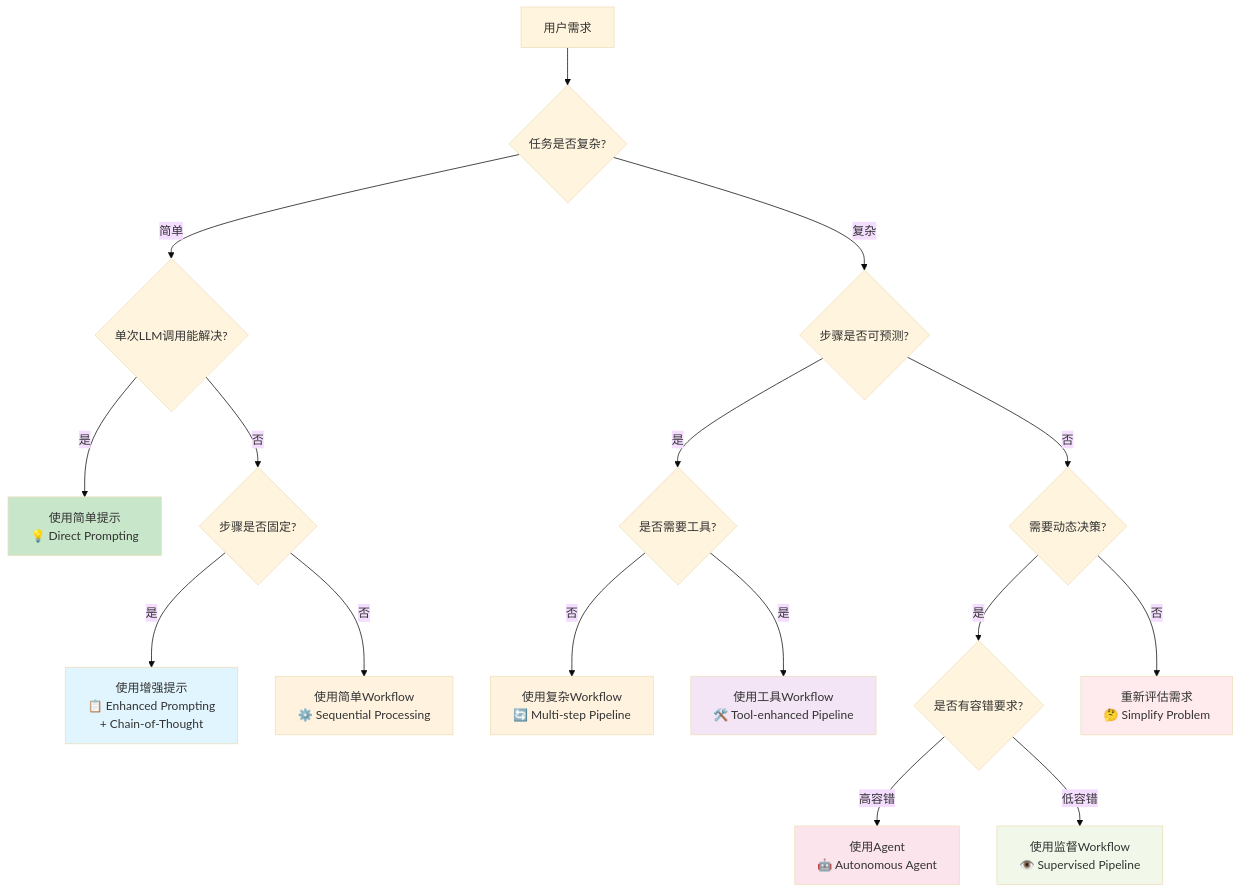
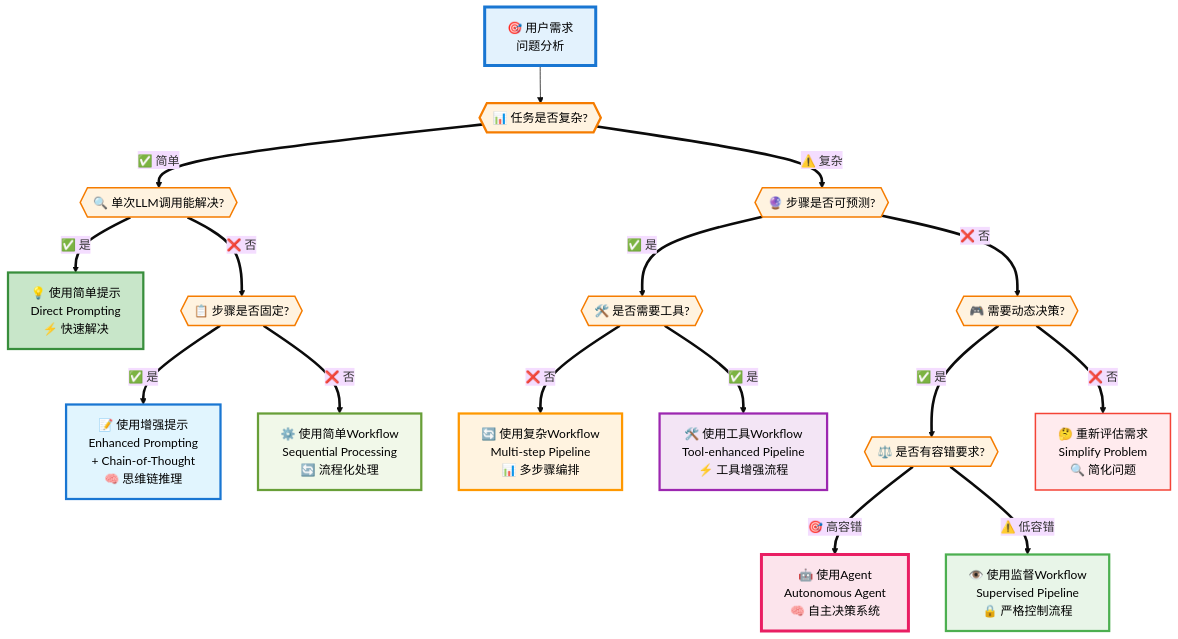
One commit to yxzf/claude-code-guide changed the third of 8 diagrams in AI_Agent_完整入门指南.md. Above: the diagram before and after it, drawn with Mermaid (base theme). The commit also changed other lines of this file, not shown here.

First line of the commit message:
优化AI Agent文档图表视觉效果：线条、节点大小、连接样式全面提升

````diff
--- a/AI_Agent_完整入门指南.md
+++ b/AI_Agent_完整入门指南.md
@@ -231,33 +262,44 @@
 ```mermaid
 flowchart TD
-    A[用户需求] --> B{任务是否复杂?}
+    A[🎯 用户需求<br/>问题分析] --> B{{📊 任务是否复杂?}}
     
-    B -->|简单| C{单次LLM调用能解决?}
-    C -->|是| D[使用简单提示<br/>💡 Direct Prompting]
-    C -->|否| E{步骤是否固定?}
+    B ==>|✅ 简单| C{{🔍 单次LLM调用能解决?}}
+    C ==>|✅ 是| D[💡 使用简单提示<br/>Direct Prompting<br/>⚡ 快速解决]
+    C ==>|❌ 否| E{{📋 步骤是否固定?}}
     
-    E -->|是| F[使用增强提示<br/>📋 Enhanced Prompting<br/>+ Chain-of-Thought]
-    E -->|否| G[使用简单Workflow<br/>⚙️ Sequential Processing]
+    E ==>|✅ 是| F[📝 使用增强提示<br/>Enhanced Prompting<br/>+ Chain-of-Thought<br/>🧠 思维链推理]
+    E ==>|❌ 否| G[⚙️ 使用简单Workflow<br/>Sequential Processing<br/>🔄 流程化处理]
     
-    B -->|复杂| H{步骤是否可预测?}
-    H -->|是| I{是否需要工具?}
-    H -->|否| J{需要动态决策?}
+    B ==>|⚠️ 复杂| H{{🔮 步骤是否可预测?}}
+    H ==>|✅ 是| I{{🛠️ 是否需要工具?}}
+    H ==>|❌ 否| J{{🎮 需要动态决策?}}
     
-    I -->|否| K[使用复杂Workflow<br/>🔄 Multi-step Pipeline]
-    I -->|是| L[使用工具Workflow<br/>🛠️ Tool-enhanced Pipeline]
+    I ==>|❌ 否| K[🔄 使用复杂Workflow<br/>Multi-step Pipeline<br/>📊 多步骤编排]
+    I ==>|✅ 是| L[🛠️ 使用工具Workflow<br/>Tool-enhanced Pipeline<br/>⚡ 工具增强流程]
     
-    J -->|是| M{是否有容错要求?}
-    J -->|否| N[重新评估需求<br/>🤔 Simplify Problem]
+    J ==>|✅ 是| M{{⚖️ 是否有容错要求?}}
+    J ==>|❌ 否| N[🤔 重新评估需求<br/>Simplify Problem<br/>🔍 简化问题]
     
-    M -->|高容错| O[使用Agent<br/>🤖 Autonomous Agent]
-    M -->|低容错| P[使用监督Workflow<br/>👁️ Supervised Pipeline]
+    M ==>|🎯 高容错| O[🤖 使用Agent<br/>Autonomous Agent<br/>🧠 自主决策系统]
+    M ==>|⚠️ 低容错| P[👁️ 使用监督Workflow<br/>Supervised Pipeline<br/>🔒 严格控制流程]
     
-    style D fill:#c8e6c9
-    style F fill:#e1f5fe
-    style G fill:#fff3e0
-    style K fill:#fff3e0
-    style L fill:#f3e5f5
-    style O fill:#fce4ec
-    style P fill:#f1f8e9
-    style N fill:#ffebee
+    %% 样式定义
+    style A fill:#e3f2fd,stroke:#1976d2,stroke-width:4px,color:#000
+    style B fill:#fff3e0,stroke:#f57c00,stroke-width:3px,color:#000
+    style C fill:#fff3e0,stroke:#f57c00,stroke-width:2px,color:#000
+    style E fill:#fff3e0,stroke:#f57c00,stroke-width:2px,color:#000
+    style H fill:#fff3e0,stroke:#f57c00,stroke-width:2px,color:#000
+    style I fill:#fff3e0,stroke:#f57c00,stroke-width:2px,color:#000
+    style J fill:#fff3e0,stroke:#f57c00,stroke-width:2px,color:#000
+    style M fill:#fff3e0,stroke:#f57c00,stroke-width:2px,color:#000
+    
+    %% 解决方案样式
+    style D fill:#c8e6c9,stroke:#388e3c,stroke-width:3px,color:#000
+    style F fill:#e1f5fe,stroke:#1976d2,stroke-width:3px,color:#000
+    style G fill:#f1f8e9,stroke:#689f38,stroke-width:3px,color:#000
+    style K fill:#fff3e0,stroke:#ff9800,stroke-width:3px,color:#000
+    style L fill:#f3e5f5,stroke:#9c27b0,stroke-width:3px,color:#000
+    style O fill:#fce4ec,stroke:#e91e63,stroke-width:4px,color:#000
+    style P fill:#e8f5e8,stroke:#4caf50,stroke-width:3px,color:#000
+    style N fill:#ffebee,stroke:#f44336,stroke-width:2px,color:#000
 ```
````
